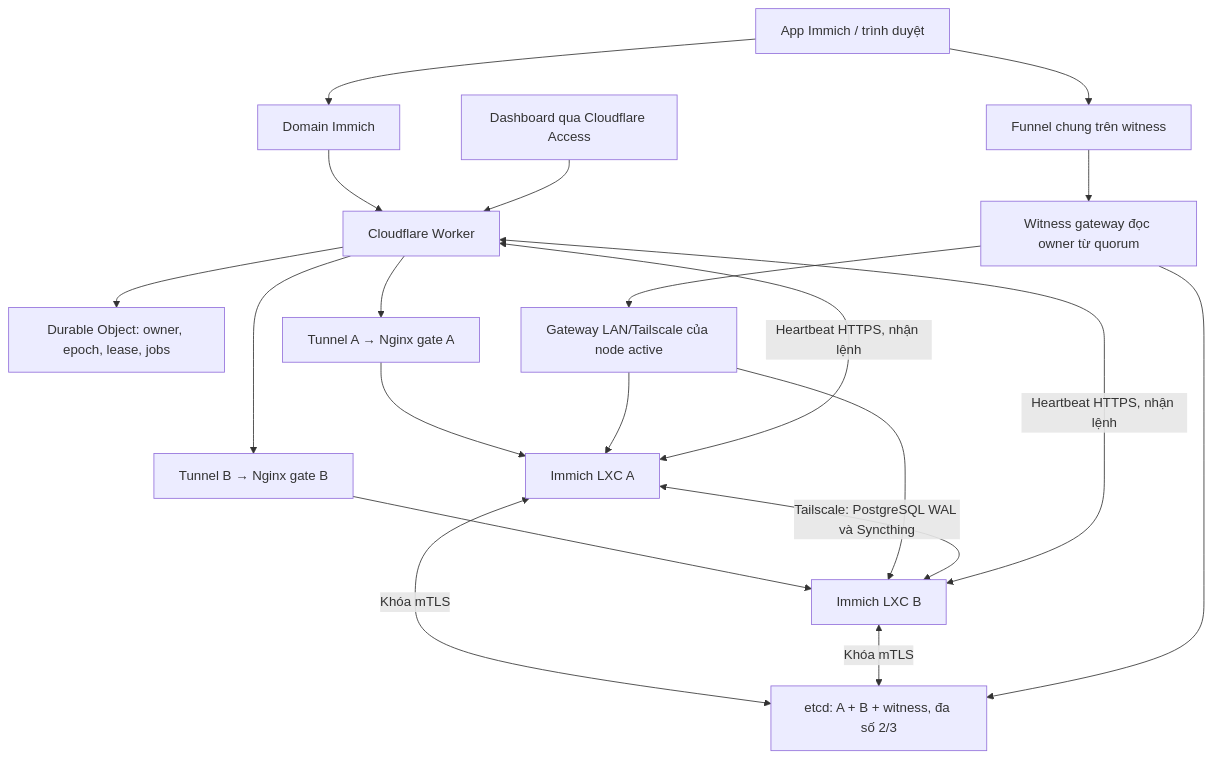
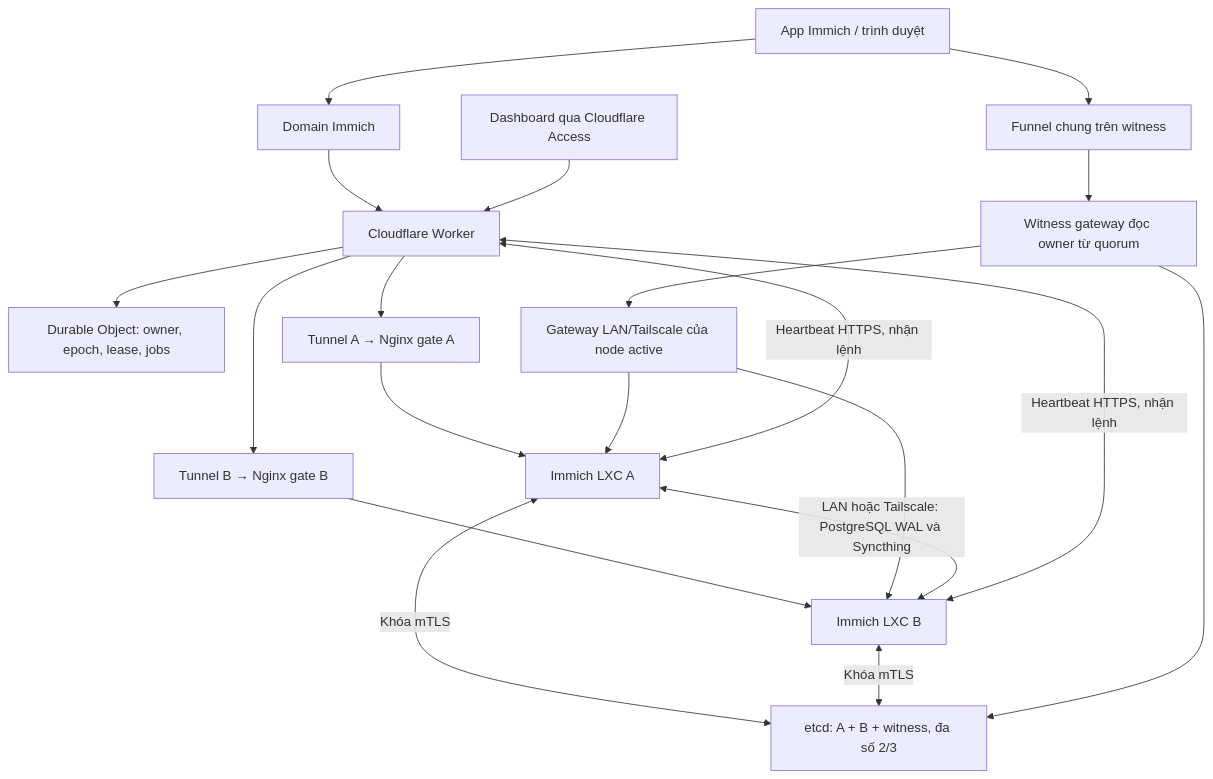
The diagram in README.md (nguyenmanmkt/immich-ha), drawn with Mermaid before and after one commit. The commit also changed other lines of this file and 44 other files, not shown here.

````diff
--- a/README.md
+++ b/README.md
@@ -9,22 +11,22 @@
 ```mermaid
 flowchart TD
     App[App Immich / trình duyệt] --> Public[Domain Immich]
     Public --> Worker[Cloudflare Worker]
     Admin[Dashboard qua Cloudflare Access] --> Worker
     Worker --> DO[Durable Object: owner, epoch, lease, jobs]
     Worker --> TunnelA[Tunnel A → Nginx gate A]
     Worker --> TunnelB[Tunnel B → Nginx gate B]
     TunnelA --> A[Immich LXC A]
     TunnelB --> B[Immich LXC B]
     A <-->|Heartbeat HTTPS, nhận lệnh| Worker
     B <-->|Heartbeat HTTPS, nhận lệnh| Worker
     A <-->|Khóa mTLS| Q[etcd: A + B + witness, đa số 2/3]
     B <-->|Khóa mTLS| Q
     App --> Funnel[Funnel chung trên witness]
     Funnel --> Router[Witness gateway đọc owner từ quorum]
     Router --> Q
     Router --> Local[Gateway LAN/Tailscale của node active]
     Local --> A
     Local --> B
-    A <-->|Tailscale: PostgreSQL WAL và Syncthing| B
+    A <-->|LAN hoặc Tailscale: PostgreSQL WAL và Syncthing| B
 ```
````
